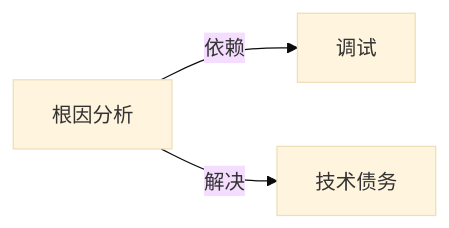
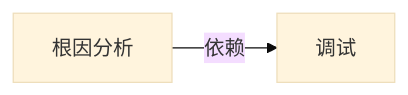
One commit to yibie/claude-best-practices-zh changed the diagram in wiki/根因分析.md. Above: the diagram before and after it, drawn with Mermaid (base theme). The commit also changed other lines of this file and 407 other files, not shown here.

Commit message:
feat: DeepSeek 三遍审校（译文/关系/图谱）+ 可部署静态站点

````diff
--- a/wiki/根因分析.md
+++ b/wiki/根因分析.md
@@ -44,6 +44,5 @@
 ```mermaid
 graph LR
   C["根因分析"]
   C -->|依赖| N0["调试"]
-  C -->|解决| N1["技术债务"]
 ```
````
